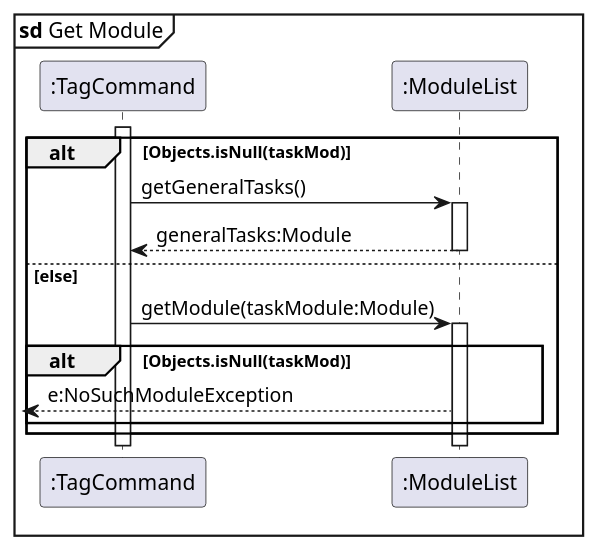
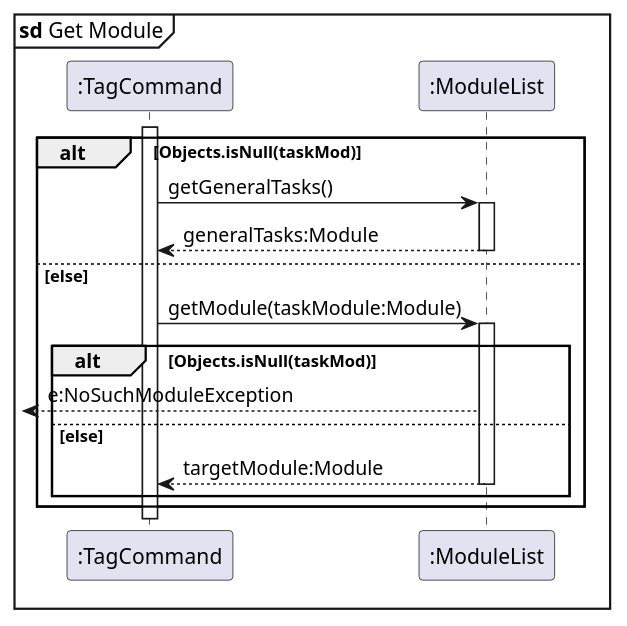
One commit to nus-cs2113-AY2122S2/tp changed the diagram in docs/TagSeqDiagram/GetModule.puml. Above: the diagram before and after it, drawn with PlantUML. The commit also changed 2 other files, not shown here.

Commit message:
Update Sequence Diagrams

```diff
--- a/docs/TagSeqDiagram/GetModule.puml
+++ b/docs/TagSeqDiagram/GetModule.puml
@@ -1,26 +1,29 @@
 @startuml
 'https://plantuml.com/sequence-diagram
 
 skinparam shadowing false
 participant ":TagCommand" as TagCommand
 participant ":ModuleList" as ModuleList
 
 mainframe **sd** Get Module
 
 activate TagCommand
 
 alt Objects.isNull(taskMod)
     TagCommand -> ModuleList: getGeneralTasks()
     activate ModuleList
     return generalTasks:Module
 
 else else
     TagCommand -> ModuleList: getModule(taskModule:Module)
     activate ModuleList
 
     alt Objects.isNull(taskMod)
         [<-- ModuleList: e:NoSuchModuleException
 
+    else else
+    return targetModule:Module
+
     end
 end
 @enduml
```
